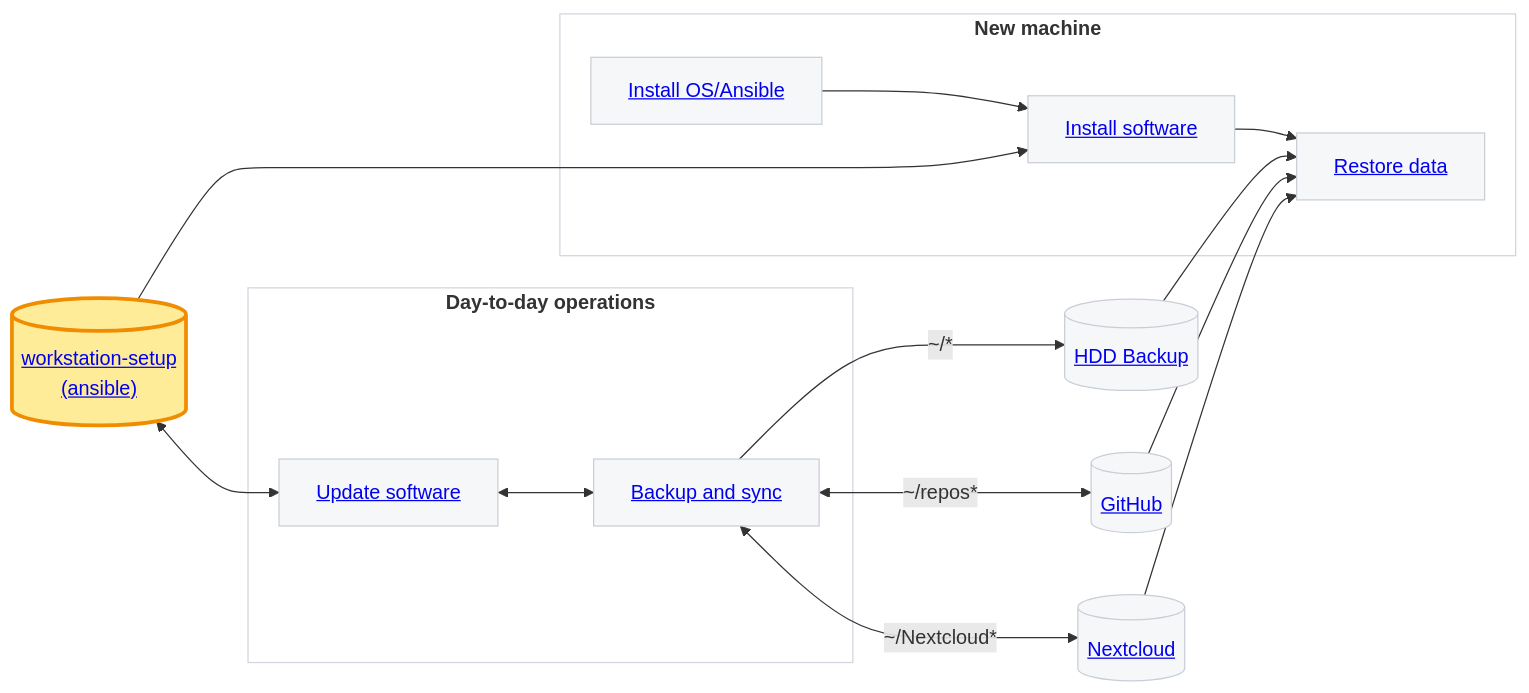
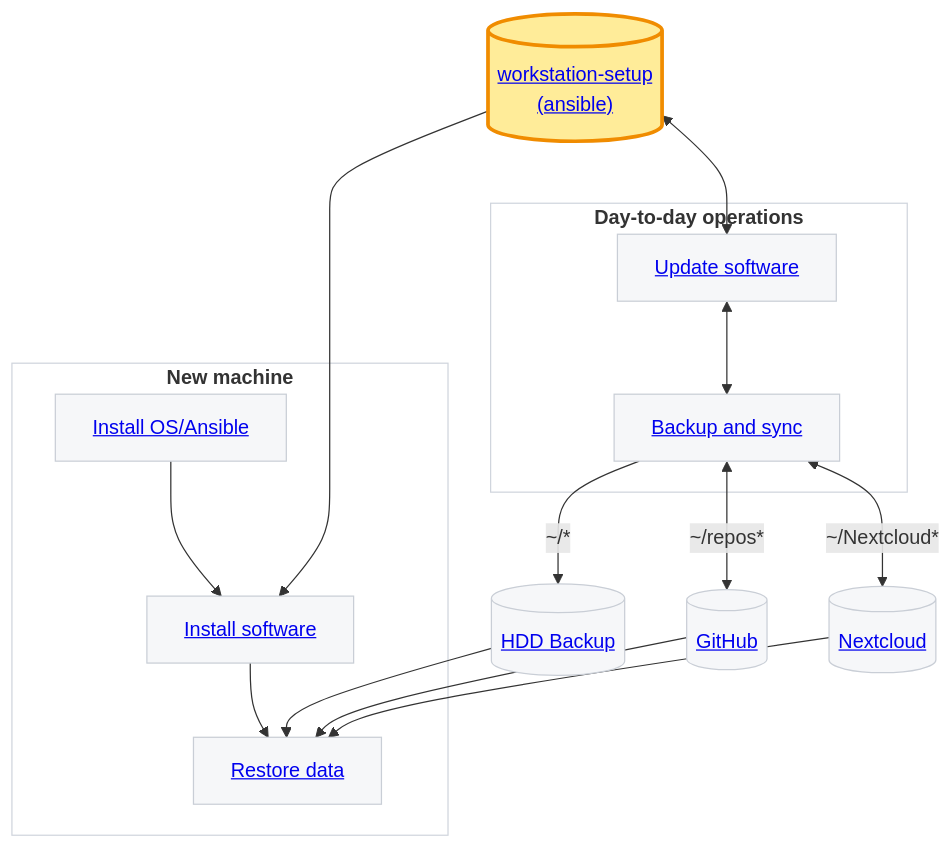
One commit to fs-ise/workstation-setup changed the diagram in docs/index.qmd. Above: the diagram before and after it, drawn with Mermaid.

Commit message:
rotate mermaid

````diff
--- a/docs/index.qmd
+++ b/docs/index.qmd
@@ -21,41 +21,41 @@
 ```{mermaid}
-flowchart LR
+flowchart TD
   %% External infrastructure (outside the subgraphs)
   GH[(<a href='backup.html#github'>GitHub</a>)]
   BK[(<a href='backup.html#hdd-backup'>HDD Backup</a>)]
   NC[(<a href='backup.html#nextcloud'>Nextcloud</a>)]
   A[("<a href='https://github.com/fs-ise/workstation-setup'>workstation-setup<br/>(ansible)</a>")]
 
   %% Day-to-day flow
   subgraph Daily["<strong>Day-to-day operations</strong>"]
      AUpd["<a href='update_software.html'>Update software</a>"] <--> S[<a href='backup.html'>Backup and sync</a>]
   end
   A <--> AUpd
   S -- ~/* --> BK
   S <-- ~/repos* --> GH
   S <-- ~/Nextcloud* --> NC
 
   %% New machine flow
   subgraph New["<strong>New machine</strong>"]
     OS[<a href='install_os.html'>Install OS/Ansible</a>]
     OS --> AInst["<a href='install_software.html'>Install software</a>"] --> R
     R[<a href='restore.html'>Restore data</a>]
   end
   A --> AInst
 
   BK --> R
   GH --> R
   NC --> R
 
   %% Styling
   classDef highlight fill:#ffec99,stroke:#f08c00,stroke-width:3px,color:#1b1b1b;
   classDef muted fill:#f6f7f9,stroke:#c9ced6,stroke-width:1px,color:#2b2b2b;
 
   class A highlight;
   class GH,BK,NC,AUpd,S,OS,AInst,R muted;
 
   %% Optional: soften subgraph borders
   style Daily fill:#ffffff,stroke:#d0d5dd,stroke-width:1px;
   style New fill:#ffffff,stroke:#d0d5dd,stroke-width:1px;
 
 ```
````
